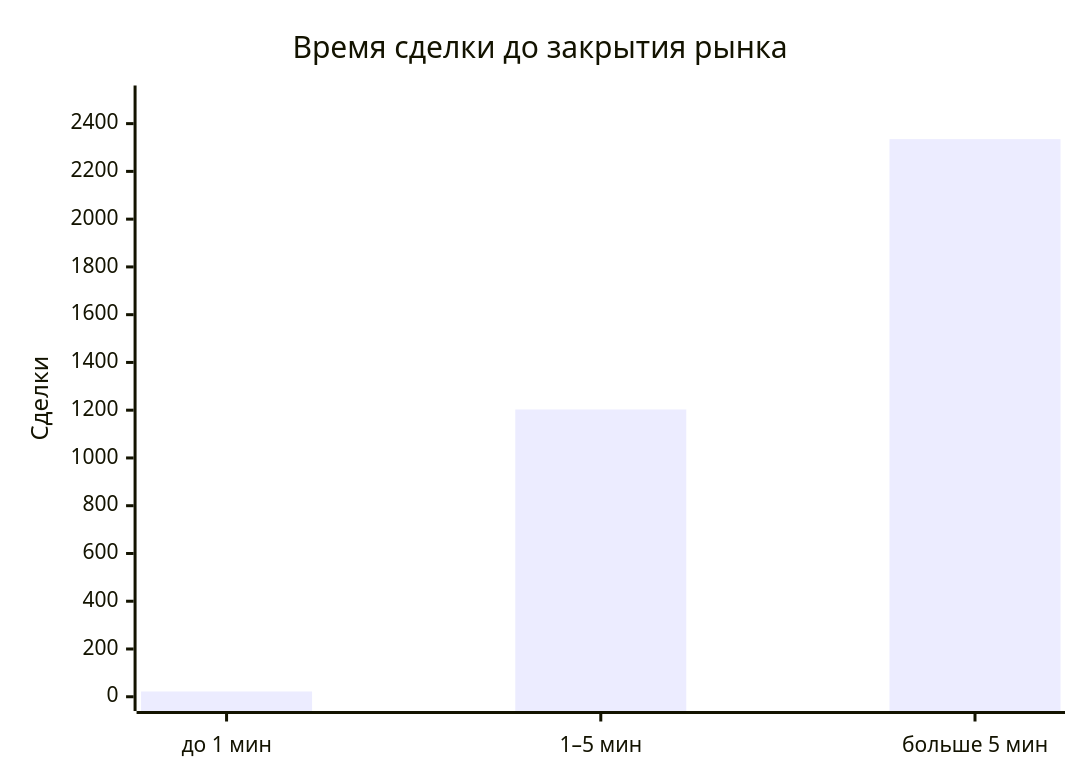
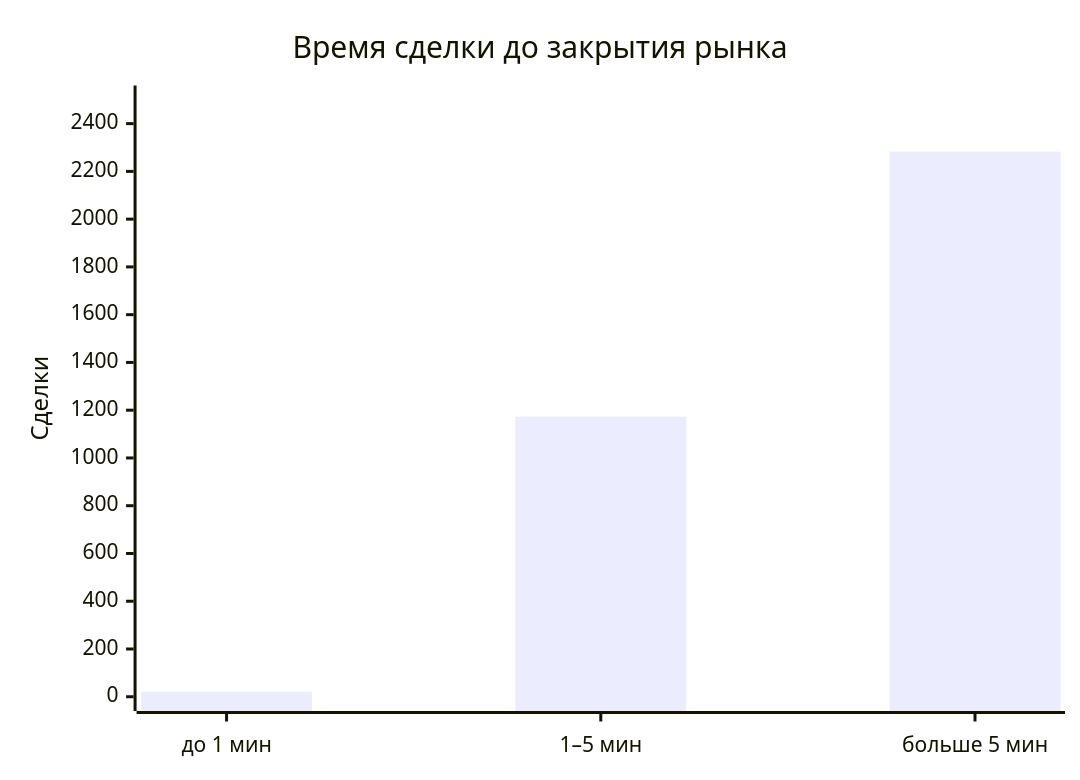
One commit to qerasu/copytrade-strategy changed the third of 3 diagrams in REPORT.md. Above: the diagram before and after it, drawn with Mermaid. The commit also changed other lines of this file and 3 other files, not shown here.

````diff
--- a/REPORT.md
+++ b/REPORT.md
@@ -122,7 +127,7 @@
 ```mermaid
 xychart-beta
     title "Время сделки до закрытия рынка"
     x-axis ["до 1 мин", "1–5 мин", "больше 5 мин"]
     y-axis "Сделки" 0 --> 2500
-    bar [22, 1203, 2335]
+    bar [21, 1173, 2283]
 ```
````
